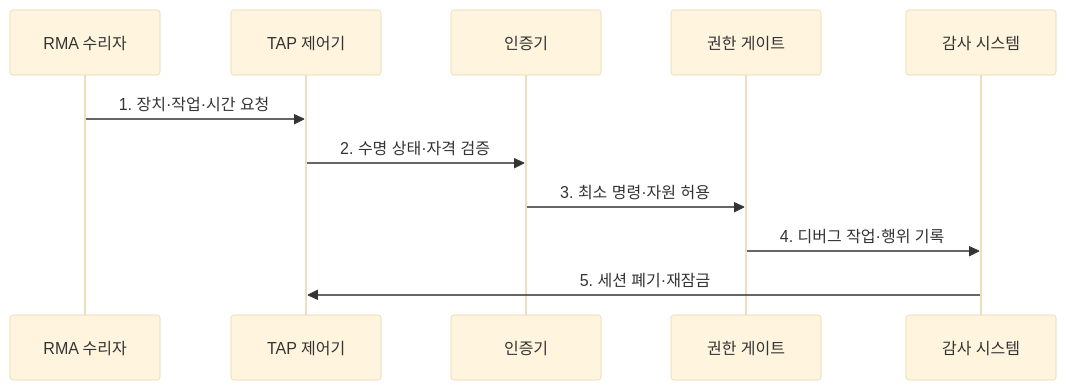
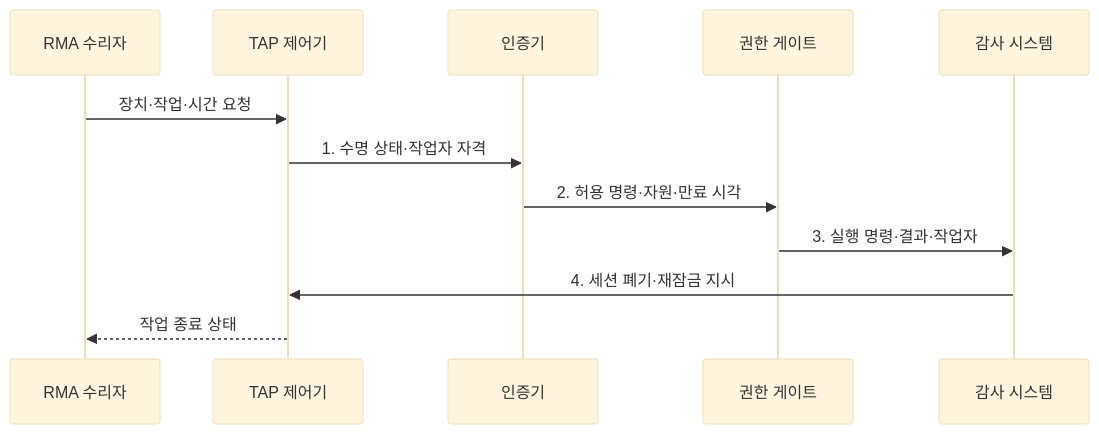
Before and after one commit to agnusdei1207/knowledge-base: the second of 2 diagrams in src/content/docs/notes/05-security/131_jtag_security.md, drawn with Mermaid (base theme). The commit also changed other lines of this file and 20 other files, not shown here.

````diff
--- a/src/content/docs/notes/05-security/131_jtag_security.md
+++ b/src/content/docs/notes/05-security/131_jtag_security.md
@@ -81,13 +81,14 @@
 ```mermaid
 sequenceDiagram
   participant R as RMA 수리자
   participant T as TAP 제어기
   participant A as 인증기
   participant G as 권한 게이트
   participant L as 감사 시스템
-  R->>T: 1. 장치·작업·시간 요청
-  T->>A: 2. 수명 상태·자격 검증
-  A->>G: 3. 최소 명령·자원 허용
-  G->>L: 4. 디버그 작업·행위 기록
-  L->>T: 5. 세션 폐기·재잠금
+  R->>T: 장치·작업·시간 요청
+  T->>A: 1. 수명 상태·작업자 자격
+  A->>G: 2. 허용 명령·자원·만료 시각
+  G->>L: 3. 실행 명령·결과·작업자
+  L->>T: 4. 세션 폐기·재잠금 지시
+  T-->>R: 작업 종료 상태
 ```
````
